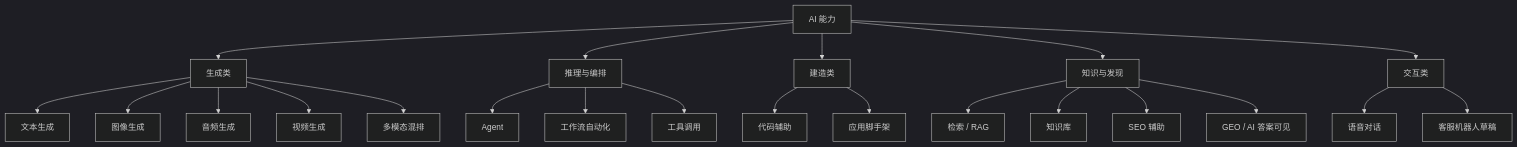
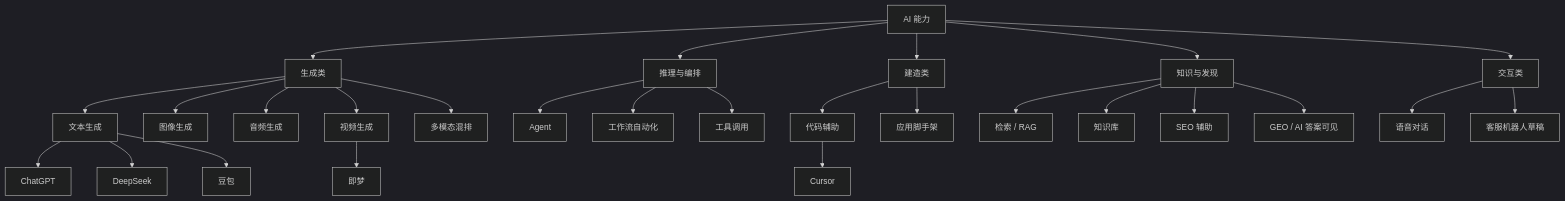
The diagram in playbook/站点/图/ai.md (inkwen-dev/leiwen.pro), drawn with Mermaid (dark theme) before and after one commit. The commit also changed 16 other files, not shown here.

````diff
--- a/playbook/站点/图/ai.md
+++ b/playbook/站点/图/ai.md
@@ -5,46 +5,56 @@
 ```mermaid
 flowchart TB
   n1["AI 能力"]
   n2["生成类"]
   n1 --> n2
   n3["文本生成"]
   n2 --> n3
+  n23["ChatGPT"]
+  n3 --> n23
+  n24["DeepSeek"]
+  n3 --> n24
+  n25["豆包"]
+  n3 --> n25
   n4["图像生成"]
   n2 --> n4
   n5["音频生成"]
   n2 --> n5
   n6["视频生成"]
   n2 --> n6
+  n26["即梦"]
+  n6 --> n26
   n7["多模态混排"]
   n2 --> n7
   n8["推理与编排"]
   n1 --> n8
   n9["Agent"]
   n8 --> n9
   n10["工作流自动化"]
   n8 --> n10
   n11["工具调用"]
   n8 --> n11
   n12["建造类"]
   n1 --> n12
   n13["代码辅助"]
   n12 --> n13
+  n27["Cursor"]
+  n13 --> n27
   n14["应用脚手架"]
   n12 --> n14
   n15["知识与发现"]
   n1 --> n15
   n16["检索 / RAG"]
   n15 --> n16
   n17["知识库"]
   n15 --> n17
   n18["SEO 辅助"]
   n15 --> n18
   n19["GEO / AI 答案可见"]
   n15 --> n19
   n20["交互类"]
   n1 --> n20
   n21["语音对话"]
   n20 --> n21
   n22["客服机器人草稿"]
   n20 --> n22
 ```
````
